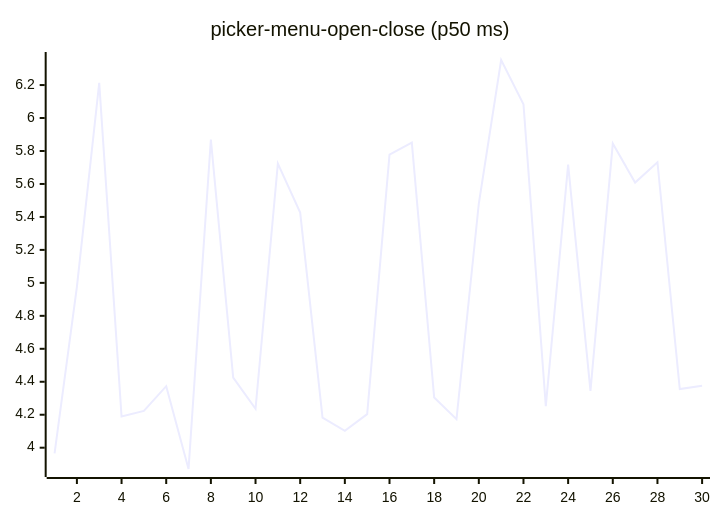
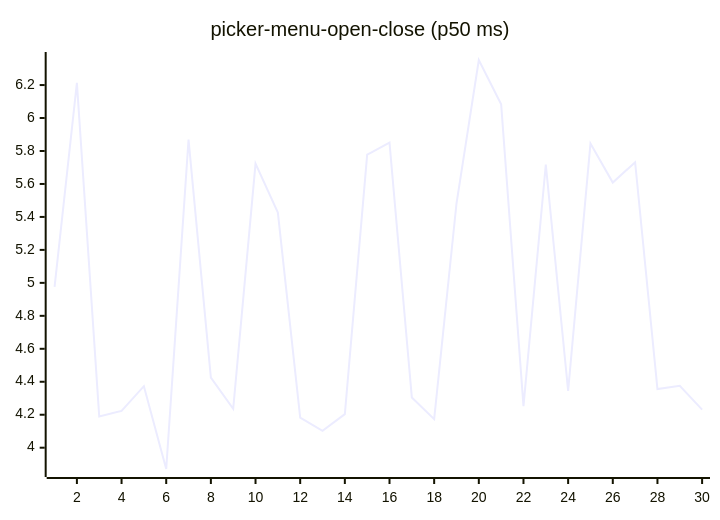
Before and after one commit to josha/Facet: diagram 16 of 27 in README.md, drawn with Mermaid. The commit also changed other lines of this file and 2 other files, not shown here.

````diff
--- a/README.md
+++ b/README.md
@@ -168,6 +168,6 @@
 ```mermaid
 xychart-beta
     title "picker-menu-open-close (p50 ms)"
     x-axis 1 --> 30
-    line [3.9652, 4.9760, 6.2132, 4.1891, 4.2236, 4.3733, 3.8708, 5.8694, 4.4248, 4.2362, 5.7230, 5.4264, 4.1828, 4.1028, 4.2034, 5.7775, 5.8503, 4.3049, 4.1731, 5.4814, 6.3520, 6.0839, 4.2522, 5.7175, 4.3452, 5.8449, 5.6085, 5.7317, 4.3559, 4.3756]
+    line [4.9760, 6.2132, 4.1891, 4.2236, 4.3733, 3.8708, 5.8694, 4.4248, 4.2362, 5.7230, 5.4264, 4.1828, 4.1028, 4.2034, 5.7775, 5.8503, 4.3049, 4.1731, 5.4814, 6.3520, 6.0839, 4.2522, 5.7175, 4.3452, 5.8449, 5.6085, 5.7317, 4.3559, 4.3756, 4.2307]
 ```
````
